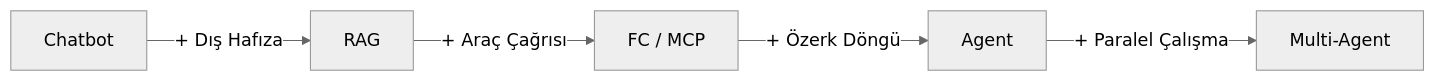
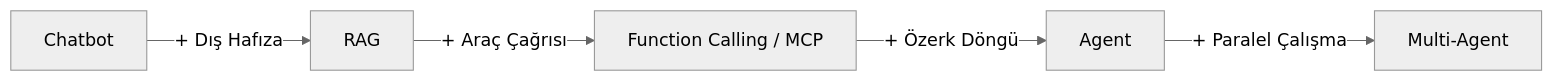
The diagram in content/posts/chatbot-mu-agent-mi.md (volkanncicek/volkancicek.com), drawn with Mermaid (neutral theme) before and after one commit. The commit also changed other lines of this file and 2 other files, not shown here.

````diff
--- a/content/posts/chatbot-mu-agent-mi.md
+++ b/content/posts/chatbot-mu-agent-mi.md
@@ -68,7 +68,7 @@
 ```mermaid
 graph LR
     A[Chatbot] -->|+ Dış Hafıza| B[RAG]
-    B -->|+ Araç Çağrısı| C[FC / MCP]
+    B -->|+ Araç Çağrısı| C[Function Calling / MCP]
     C -->|+ Özerk Döngü| D[Agent]
     D -->|+ Paralel Çalışma| E[Multi-Agent]
 ```
````
